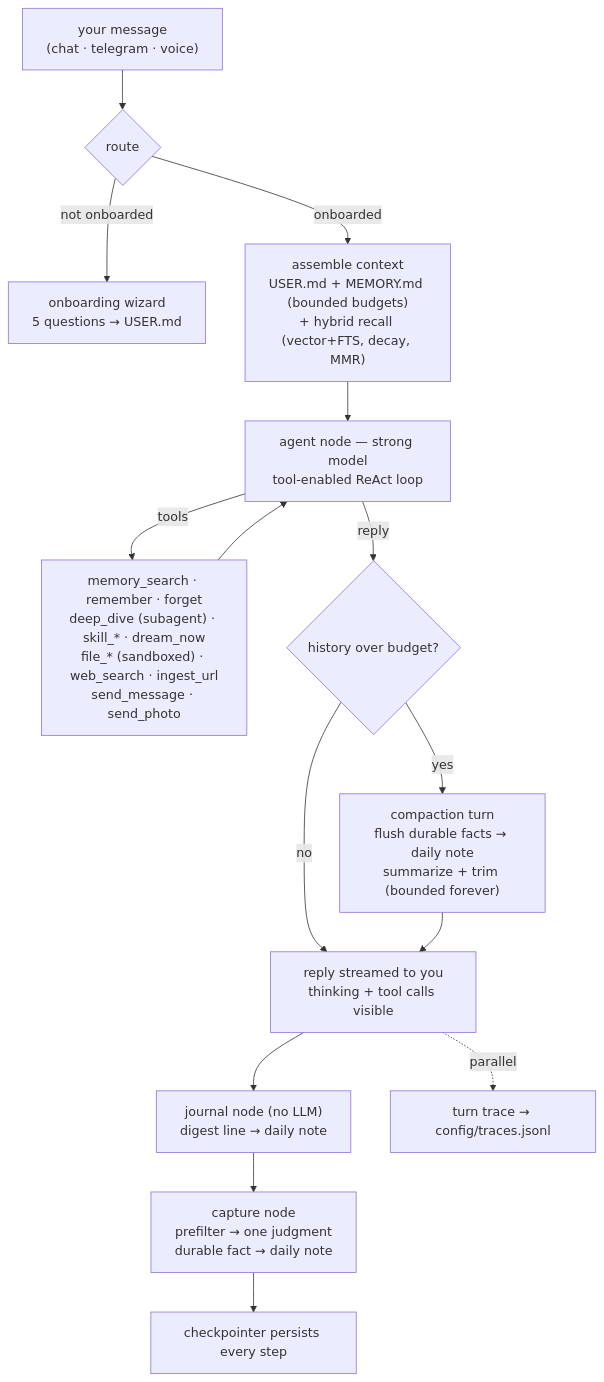
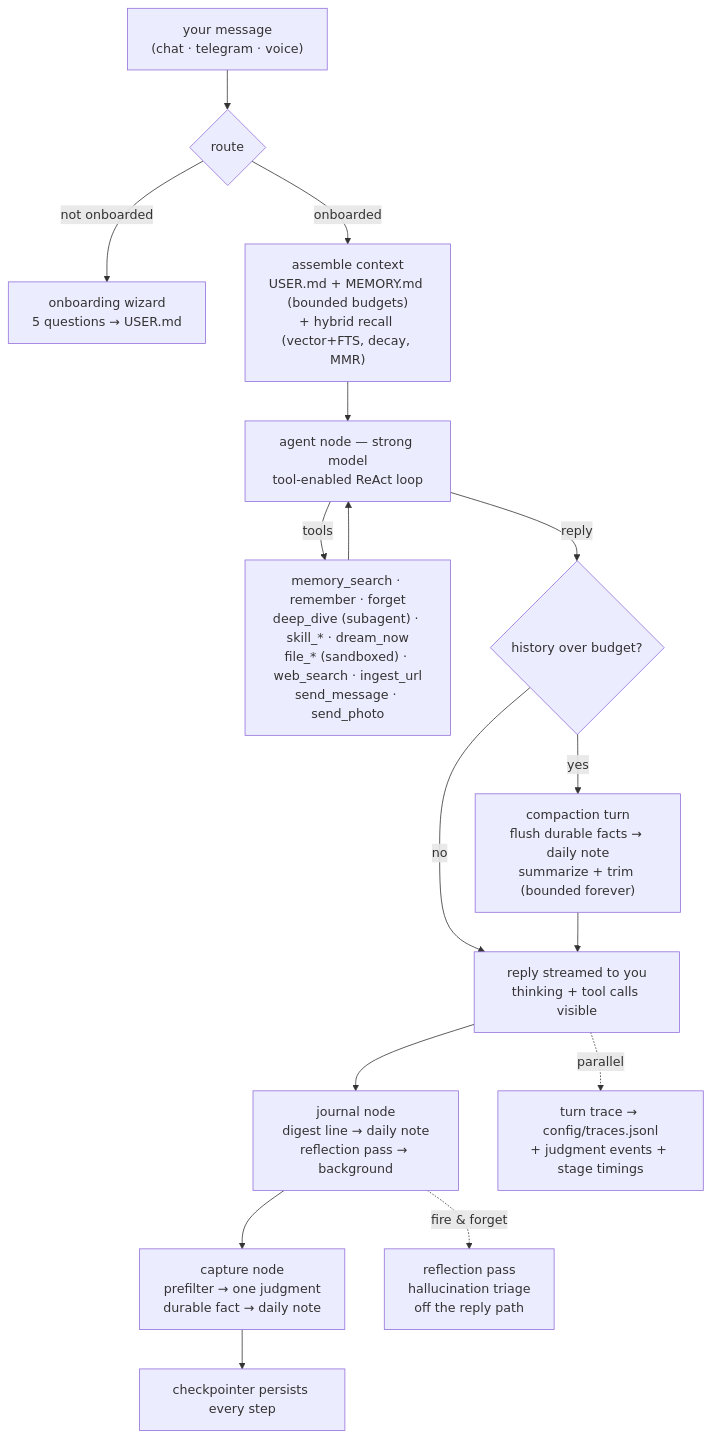
Before and after one commit to omhome16/Iris: the first of 3 diagrams in README.md, drawn with Mermaid. The commit also changed other lines of this file and 4 other files, not shown here.

First line of the commit message:
docs: rewrite the README against the current architecture

````diff
--- a/README.md
+++ b/README.md
@@ -58,17 +65,18 @@
 ```mermaid
 flowchart TD
     M["your message<br/>(chat · telegram · voice)"] --> R{route}
     R -->|"not onboarded"| W["onboarding wizard<br/>5 questions → USER.md"]
     R -->|"onboarded"| C["assemble context<br/>USER.md + MEMORY.md (bounded budgets)<br/>+ hybrid recall (vector+FTS, decay, MMR)"]
     C --> A["agent node — strong model<br/>tool-enabled ReAct loop"]
     A -->|"tools"| T["memory_search · remember · forget<br/>deep_dive (subagent) · skill_* · dream_now<br/>file_* (sandboxed) · web_search · ingest_url<br/>send_message · send_photo"]
     T --> A
     A -->|"reply"| S{"history over budget?"}
     S -->|yes| P["compaction turn<br/>flush durable facts → daily note<br/>summarize + trim (bounded forever)"]
     S -->|no| X["reply streamed to you<br/>thinking + tool calls visible"]
     P --> X
-    X --> J["journal node (no LLM)<br/>digest line → daily note"]
+    X --> J["journal node<br/>digest line → daily note<br/>reflection pass → background"]
     J --> K["capture node<br/>prefilter → one judgment<br/>durable fact → daily note"]
     K --> D["checkpointer persists every step"]
-    X -.->|"parallel"| TR["turn trace → config/traces.jsonl"]
+    X -.->|"parallel"| TR["turn trace → config/traces.jsonl<br/>+ judgment events + stage timings"]
+    J -.->|"fire & forget"| RF["reflection pass<br/>hallucination triage<br/>off the reply path"]
 ```
````
